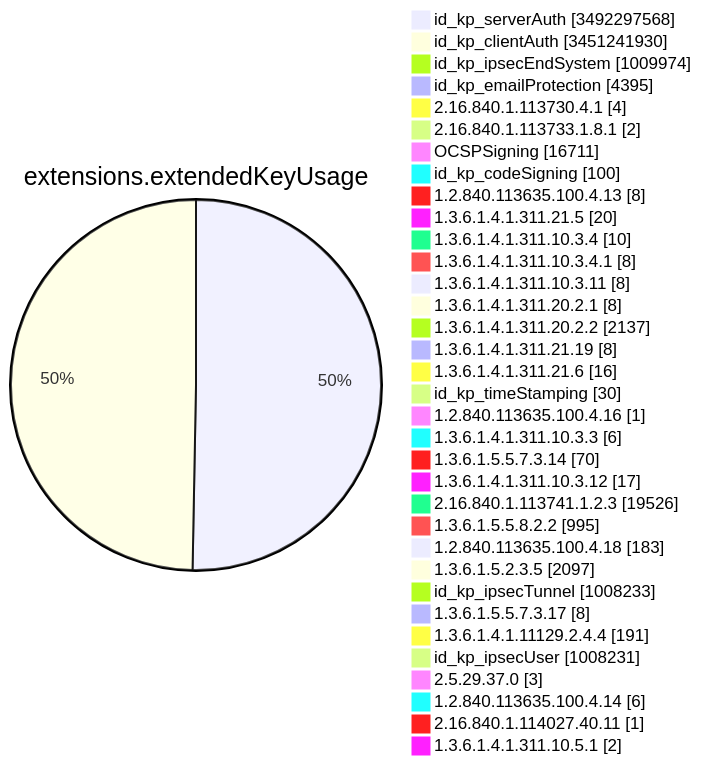
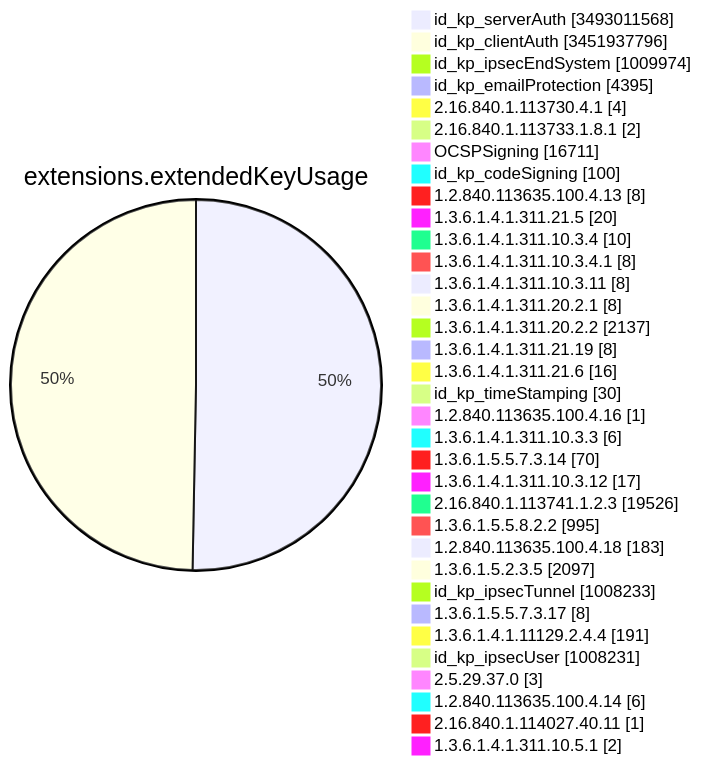
One commit to christiankrug/ctmonitor_visualization changed diagram 11 of 15 in TOTAL/README.md. Above: the diagram before and after it, drawn with Mermaid. The commit also changed other lines of this file, not shown here.

````diff
--- a/TOTAL/README.md
+++ b/TOTAL/README.md
@@ -4124,38 +4124,38 @@
 ```mermaid
 pie showData
 title extensions.extendedKeyUsage
-"id_kp_serverAuth" :3492297568
-"id_kp_clientAuth" :3451241930
+"id_kp_serverAuth" :3493011568
+"id_kp_clientAuth" :3451937796
 "id_kp_ipsecEndSystem" :1009974
 "id_kp_emailProtection" :4395
 "2.16.840.1.113730.4.1" :4
 "2.16.840.1.113733.1.8.1" :2
 "OCSPSigning" :16711
 "id_kp_codeSigning" :100
 "1.2.840.113635.100.4.13" :8
 "1.3.6.1.4.1.311.21.5" :20
 "1.3.6.1.4.1.311.10.3.4" :10
 "1.3.6.1.4.1.311.10.3.4.1" :8
 "1.3.6.1.4.1.311.10.3.11" :8
 "1.3.6.1.4.1.311.20.2.1" :8
 "1.3.6.1.4.1.311.20.2.2" :2137
 "1.3.6.1.4.1.311.21.19" :8
 "1.3.6.1.4.1.311.21.6" :16
 "id_kp_timeStamping" :30
 "1.2.840.113635.100.4.16" :1
 "1.3.6.1.4.1.311.10.3.3" :6
 "1.3.6.1.5.5.7.3.14" :70
 "1.3.6.1.4.1.311.10.3.12" :17
 "2.16.840.1.113741.1.2.3" :19526
 "1.3.6.1.5.5.8.2.2" :995
 "1.2.840.113635.100.4.18" :183
 "1.3.6.1.5.2.3.5" :2097
 "id_kp_ipsecTunnel" :1008233
 "1.3.6.1.5.5.7.3.17" :8
 "1.3.6.1.4.1.11129.2.4.4" :191
 "id_kp_ipsecUser" :1008231
 "2.5.29.37.0" :3
 "1.2.840.113635.100.4.14" :6
 "2.16.840.1.114027.40.11" :1
 "1.3.6.1.4.1.311.10.5.1" :2
 ```
````
